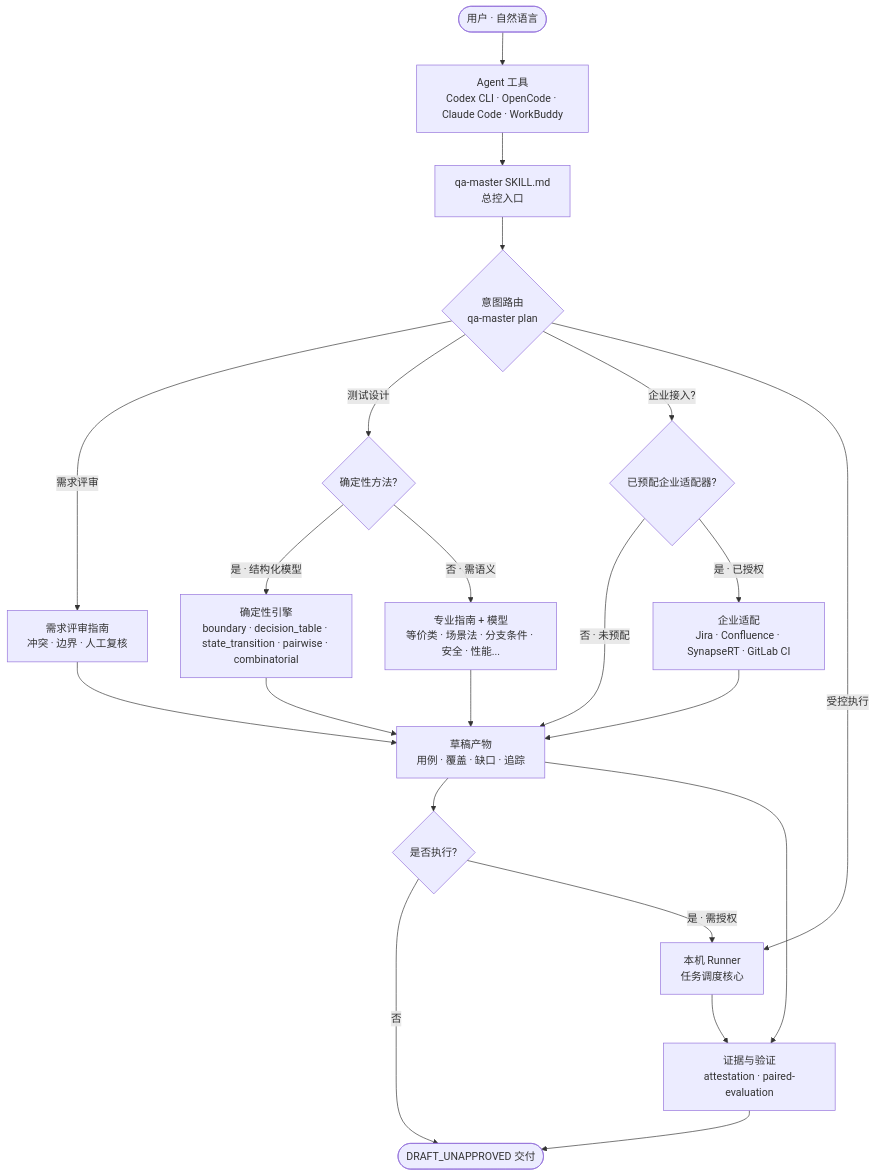
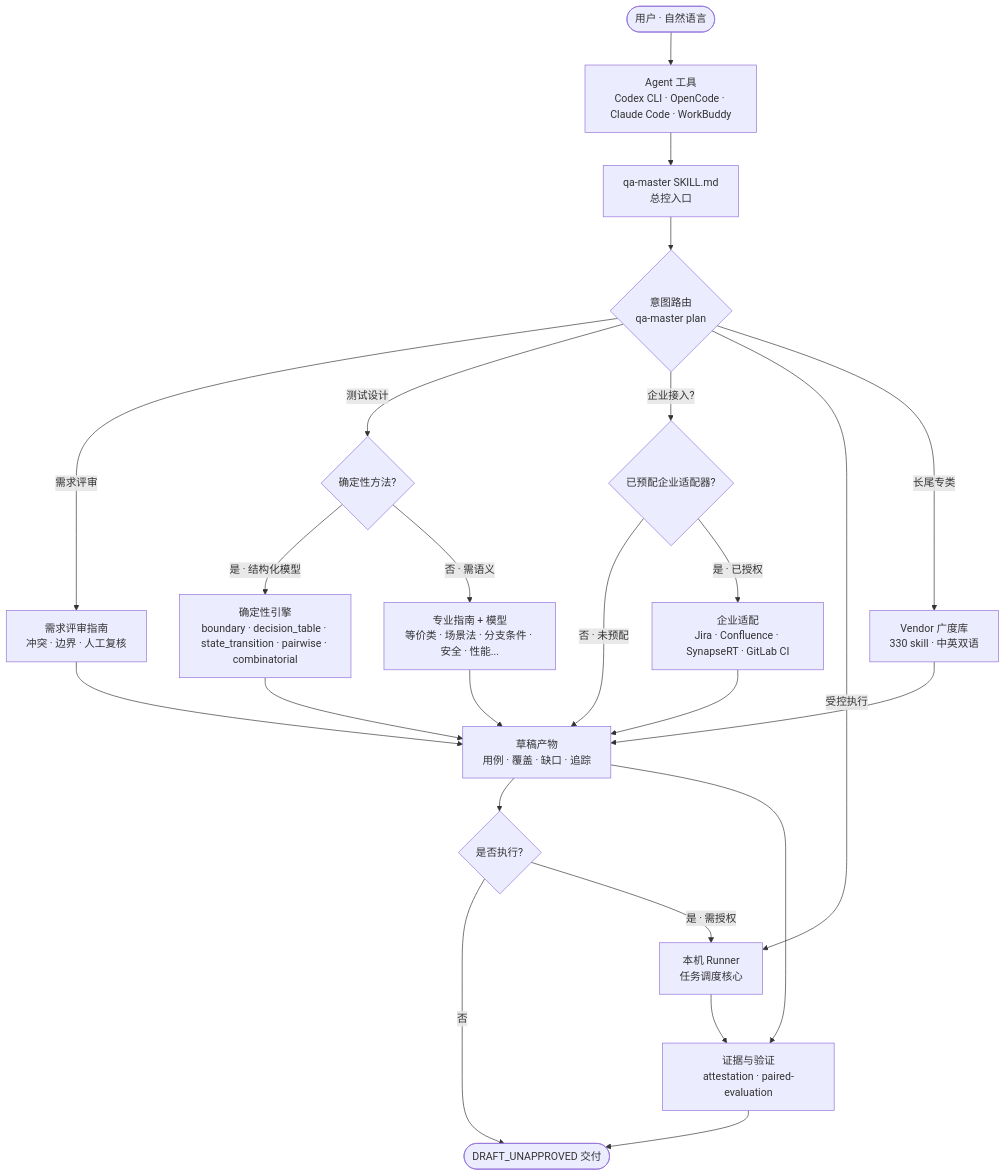
One commit to leongibhub/QA-Master-Skill changed the diagram in README.md. Above: the diagram before and after it, drawn with Mermaid. The commit also changed other lines of this file and 5825 other files, not shown here.

````diff
--- a/README.md
+++ b/README.md
@@ -199,24 +194,26 @@
 ```mermaid
 flowchart TD
     A([用户 · 自然语言]) --> B[Agent 工具<br/>Codex CLI · OpenCode · Claude Code · WorkBuddy]
     B --> C[qa-master SKILL.md<br/>总控入口]
     C --> D{意图路由<br/>qa-master plan}
     D -->|需求评审| E[需求评审指南<br/>冲突 · 边界 · 人工复核]
     D -->|测试设计| F{确定性方法?}
     D -->|企业接入?| G{已预配企业适配器?}
     D -->|受控执行| H[本机 Runner<br/>任务调度核心]
+    D -->|长尾专类| V[Vendor 广度库<br/>330 skill · 中英双语]
     F -->|是 · 结构化模型| I[确定性引擎<br/>boundary · decision_table · state_transition · pairwise · combinatorial]
     F -->|否 · 需语义| J[专业指南 + 模型<br/>等价类 · 场景法 · 分支条件 · 安全 · 性能...]
     G -->|否 · 未预配| K[草稿产物<br/>用例 · 覆盖 · 缺口 · 追踪]
     G -->|是 · 已授权| G2[企业适配<br/>Jira · Confluence · SynapseRT · GitLab CI]
     E --> K
     I --> K
     J --> K
     G2 --> K
+    V --> K
     K --> L{是否执行?}
     L -->|否| M([DRAFT_UNAPPROVED 交付])
     L -->|是 · 需授权| H
     H --> N[证据与验证<br/>attestation · paired-evaluation]
     K --> N
     N --> M
 ```
````
